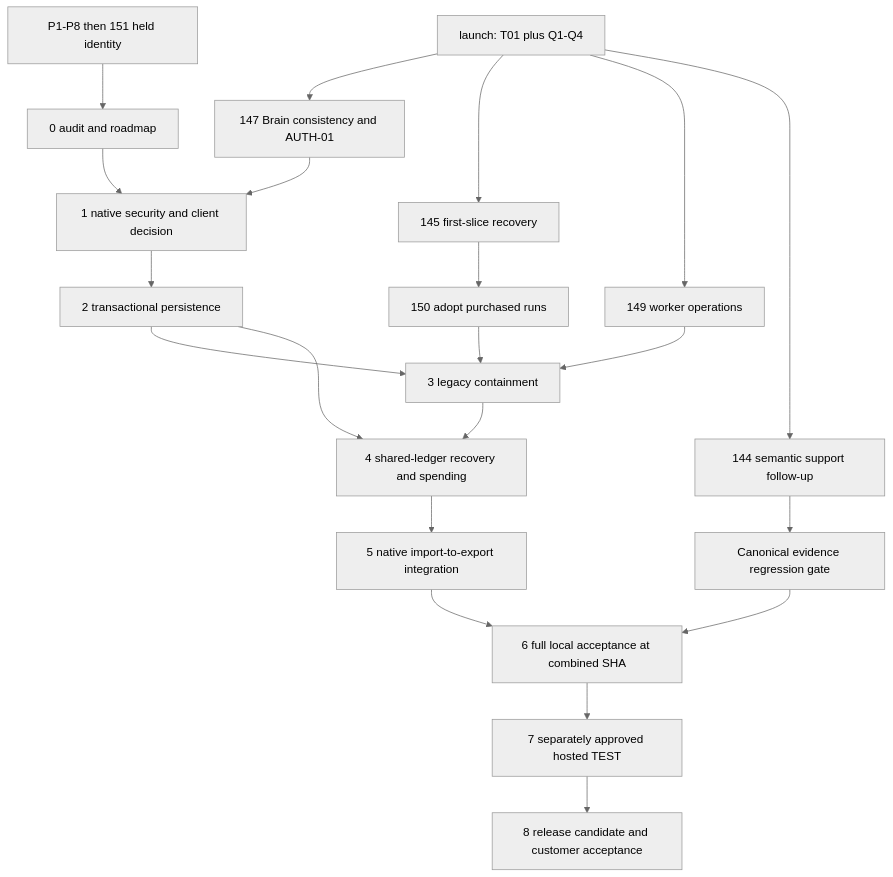
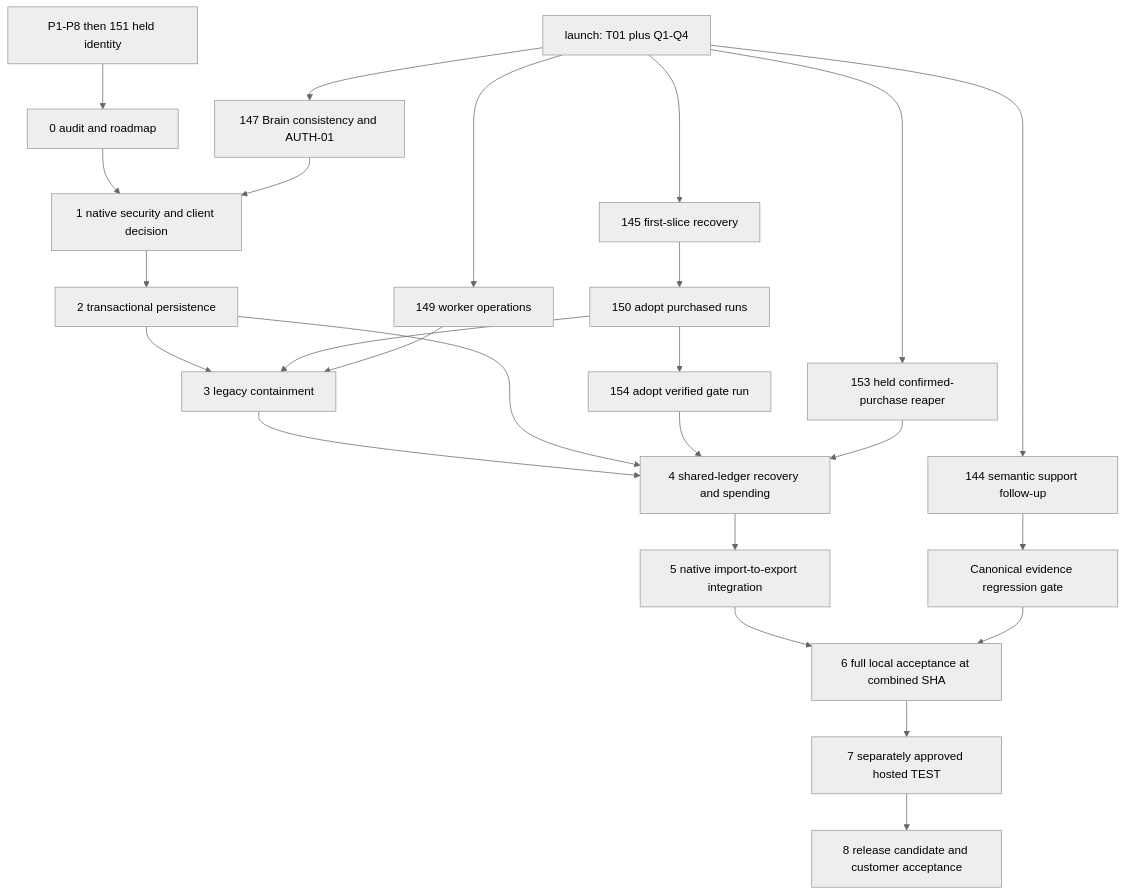
One commit to kathmanducreatives-code/aiworforce-platfrom changed the second of 2 diagrams in docs/plans/nosh-pilot-production-readiness/MASTER_PLAN.md. Above: the diagram before and after it, drawn with Mermaid (neutral theme). The commit also changed other lines of this file and 18 other files, not shown here.

````diff
--- a/docs/plans/nosh-pilot-production-readiness/MASTER_PLAN.md
+++ b/docs/plans/nosh-pilot-production-readiness/MASTER_PLAN.md
@@ -263,23 +266,27 @@
 ```mermaid
 flowchart TD
   BASE[launch: T01 plus Q1-Q4] --> B147[147 Brain consistency and AUTH-01]
   BASE --> R145[145 first-slice recovery]
   R145 --> R150[150 adopt purchased runs]
+  R150 --> R154[154 adopt verified gate run]
+  BASE --> R153[153 held confirmed-purchase reaper]
   BASE --> R149[149 worker operations]
   BASE --> Q144[144 semantic support follow-up]
   OLD[P1-P8 then 151 held identity] --> P0[0 audit and roadmap]
   P0 --> P1[1 native security and client decision]
   B147 --> P1
   P1 --> P2[2 transactional persistence]
   P2 --> P3[3 legacy containment]
   R150 --> P3
   R149 --> P3
   P3 --> P4[4 shared-ledger recovery and spending]
   P2 --> P4
+  R154 --> P4
+  R153 --> P4
   P4 --> P5[5 native import-to-export integration]
   P5 --> P6[6 full local acceptance at combined SHA]
   Q144 --> QG[Canonical evidence regression gate]
   QG --> P6
   P6 --> P7[7 separately approved hosted TEST]
   P7 --> P8[8 release candidate and customer acceptance]
 ```
````
